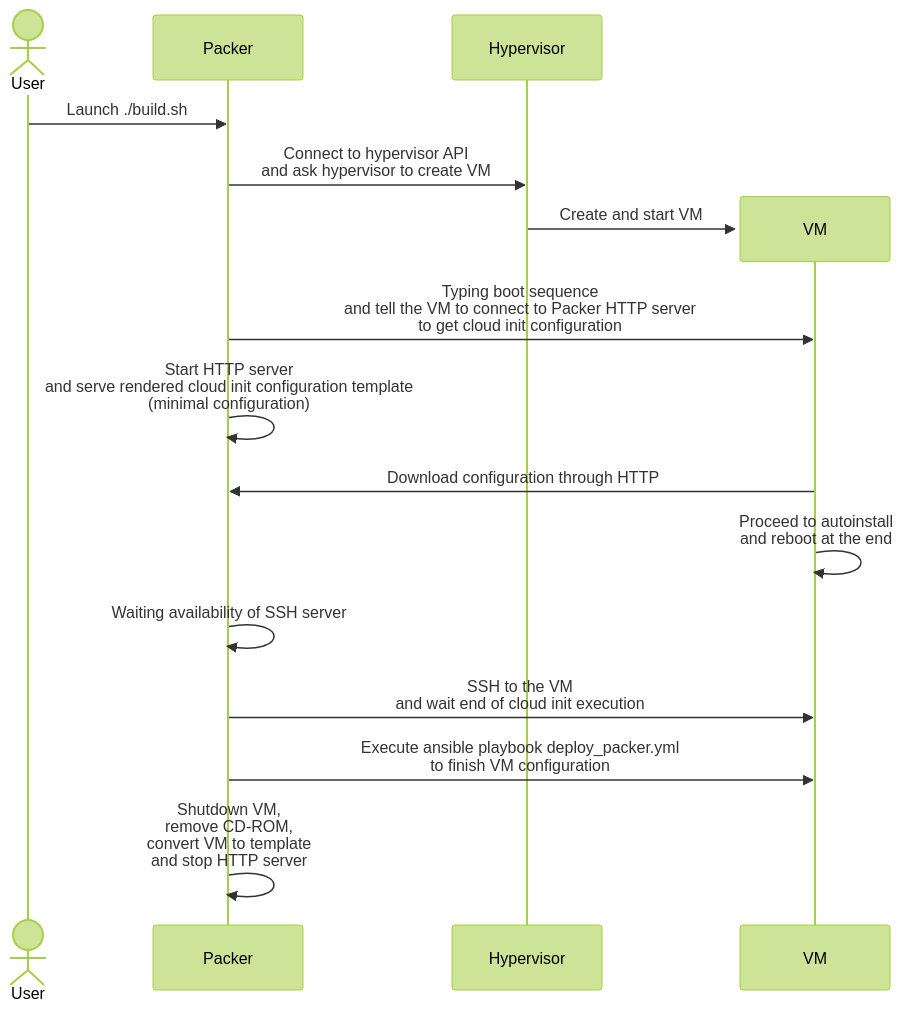
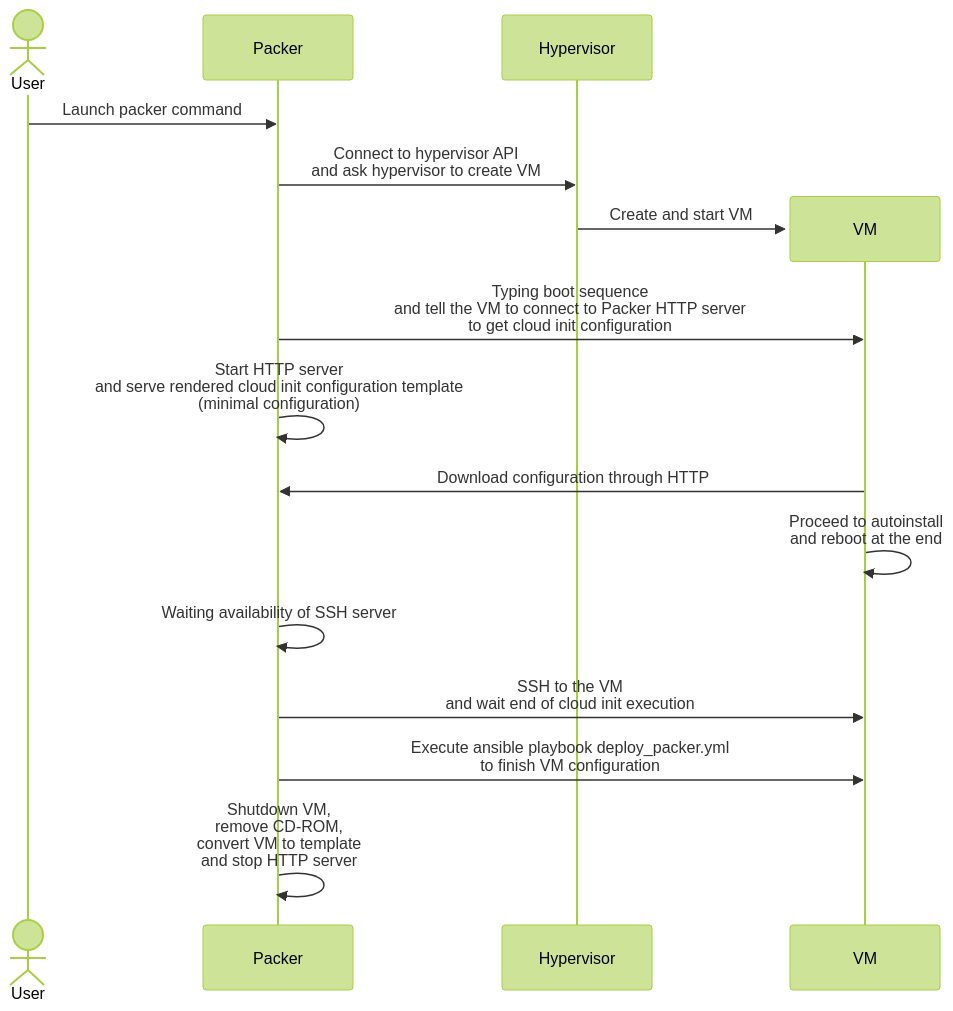
Before and after one commit to M0NsTeRRR/homelabv3-infra: the diagram in docs/guide/packer/index.md, drawn with Mermaid (forest theme). The commit also changed other lines of this file and 8 other files, not shown here.

````diff
--- a/docs/guide/packer/index.md
+++ b/docs/guide/packer/index.md
@@ -21,16 +21,16 @@
 ```mermaid
 sequenceDiagram
     actor User
-    User->>Packer: Launch ./build.sh
+    User->>Packer: Launch packer command
     Packer->>Hypervisor: Connect to hypervisor API<br>and ask hypervisor to create VM
     create participant VM
     Hypervisor->>VM: Create and start VM
     Packer->>VM: Typing boot sequence<br>and tell the VM to connect to Packer HTTP server<br>to get cloud init configuration
     Packer->>Packer: Start HTTP server<br>and serve rendered cloud init configuration template<br>(minimal configuration)
     VM->>Packer: Download configuration through HTTP
     VM->>VM: Proceed to autoinstall<br>and reboot at the end
     Packer->>Packer: Waiting availability of SSH server
     Packer->>VM: SSH to the VM<br> and wait end of cloud init execution
     Packer->>VM: Execute ansible playbook deploy_packer.yml<br>to finish VM configuration
     Packer->>Packer: Shutdown VM,<br>remove CD-ROM,<br>convert VM to template<br>and stop HTTP server
 ```
````
